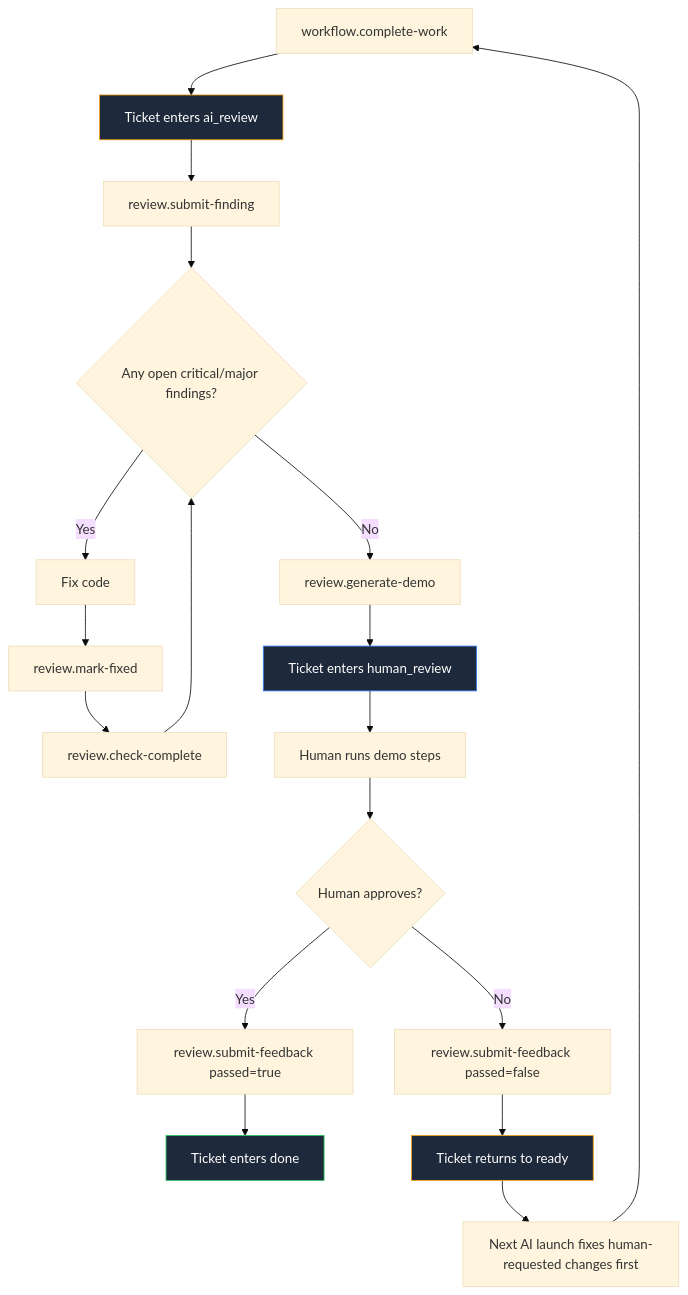
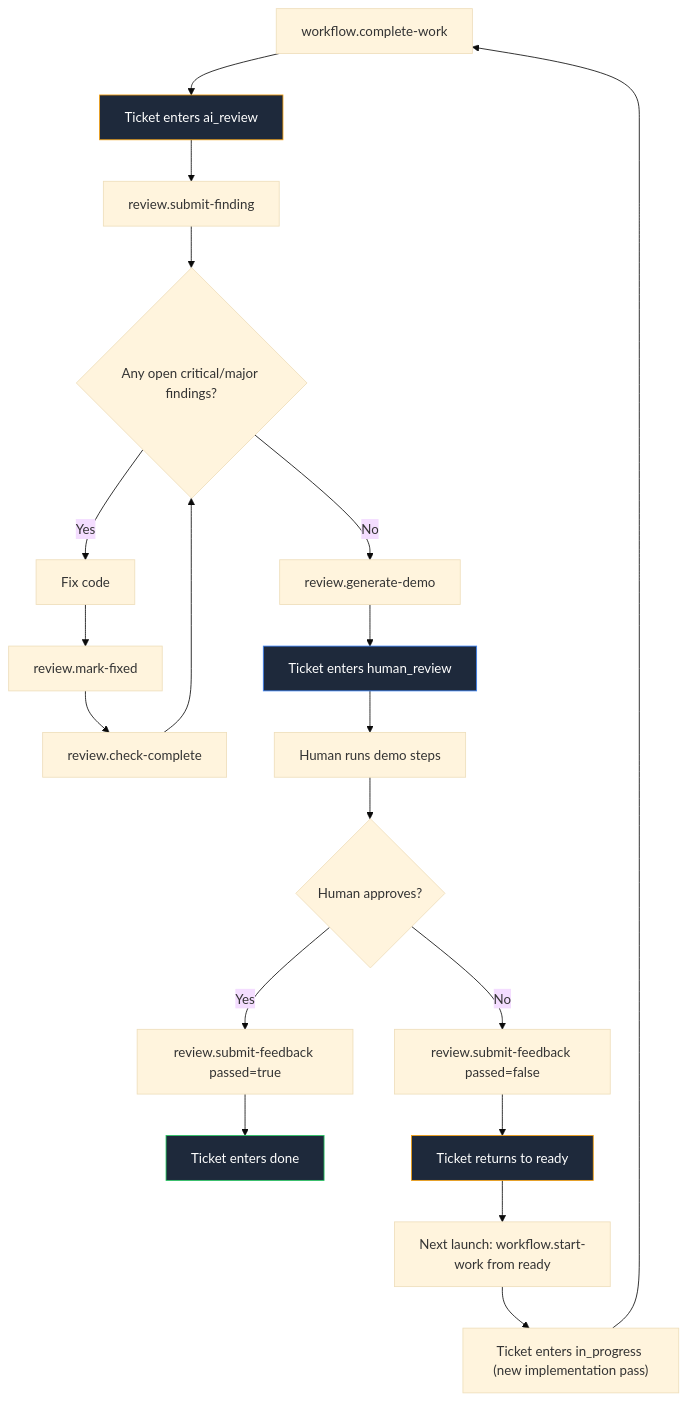
The eighth of 14 diagrams in docs/universal-quality-workflow-per-provider-diagrams.md (salmanrrana/brain-dump), drawn with Mermaid (base theme) before and after one commit. The commit also changed 1 other file, not shown here.

Commit message:
feat(d1900aeb): clarify rework loop after human change requests
Made-with: Cursor

````diff
--- a/docs/universal-quality-workflow-per-provider-diagrams.md
+++ b/docs/universal-quality-workflow-per-provider-diagrams.md
@@ -327,27 +327,28 @@
 ```mermaid
 flowchart TB
     A["workflow.complete-work"] --> B["Ticket enters ai_review"]
     B --> C["review.submit-finding"]
     C --> D{"Any open critical/major findings?"}
 
     D -->|Yes| E["Fix code"]
     E --> F["review.mark-fixed"]
     F --> G["review.check-complete"]
     G --> D
 
     D -->|No| H["review.generate-demo"]
     H --> I["Ticket enters human_review"]
     I --> J["Human runs demo steps"]
     J --> K{"Human approves?"}
     K -->|Yes| L["review.submit-feedback passed=true"]
     L --> M["Ticket enters done"]
     K -->|No| N["review.submit-feedback passed=false"]
     N --> O["Ticket returns to ready"]
-    O --> P["Next AI launch fixes human-requested changes first"]
-    P --> A
+    O --> P["Next launch: workflow.start-work from ready"]
+    P --> Q["Ticket enters in_progress (new implementation pass)"]
+    Q --> A
 
     style B fill:#1e293b,stroke:#f59e0b,color:#fff
     style O fill:#1e293b,stroke:#f59e0b,color:#fff
     style I fill:#1e293b,stroke:#3b82f6,color:#fff
     style M fill:#1e293b,stroke:#22c55e,color:#fff
 ```
````
